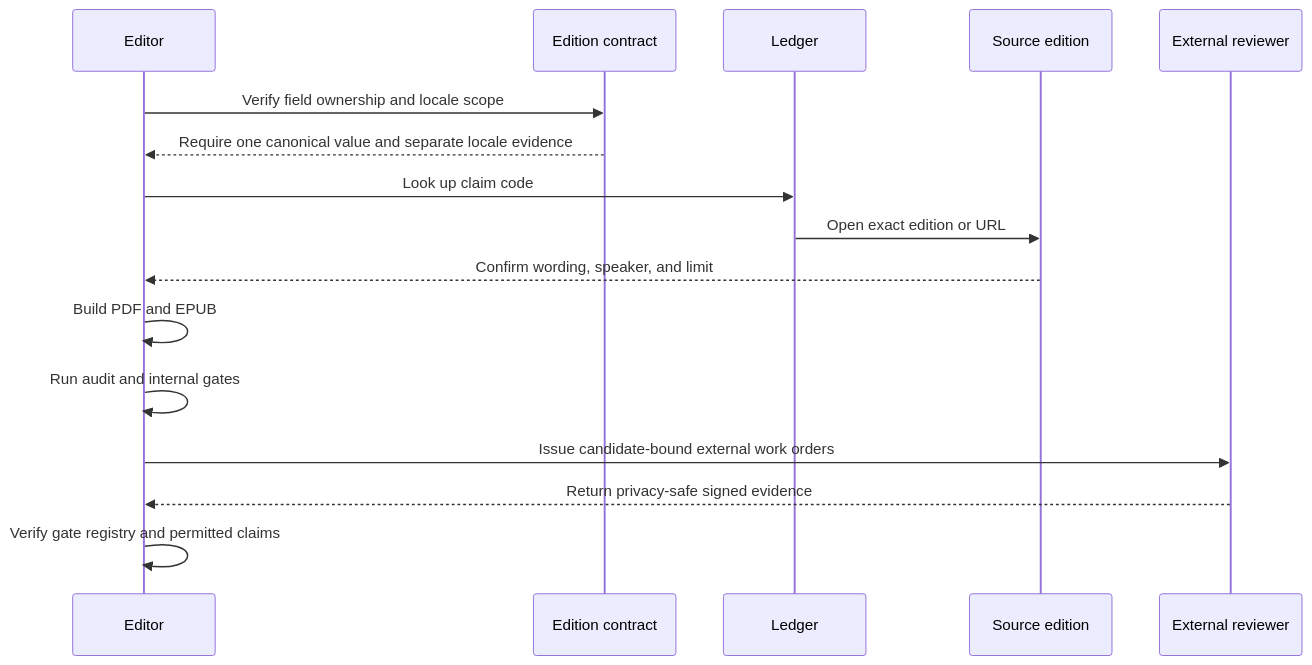
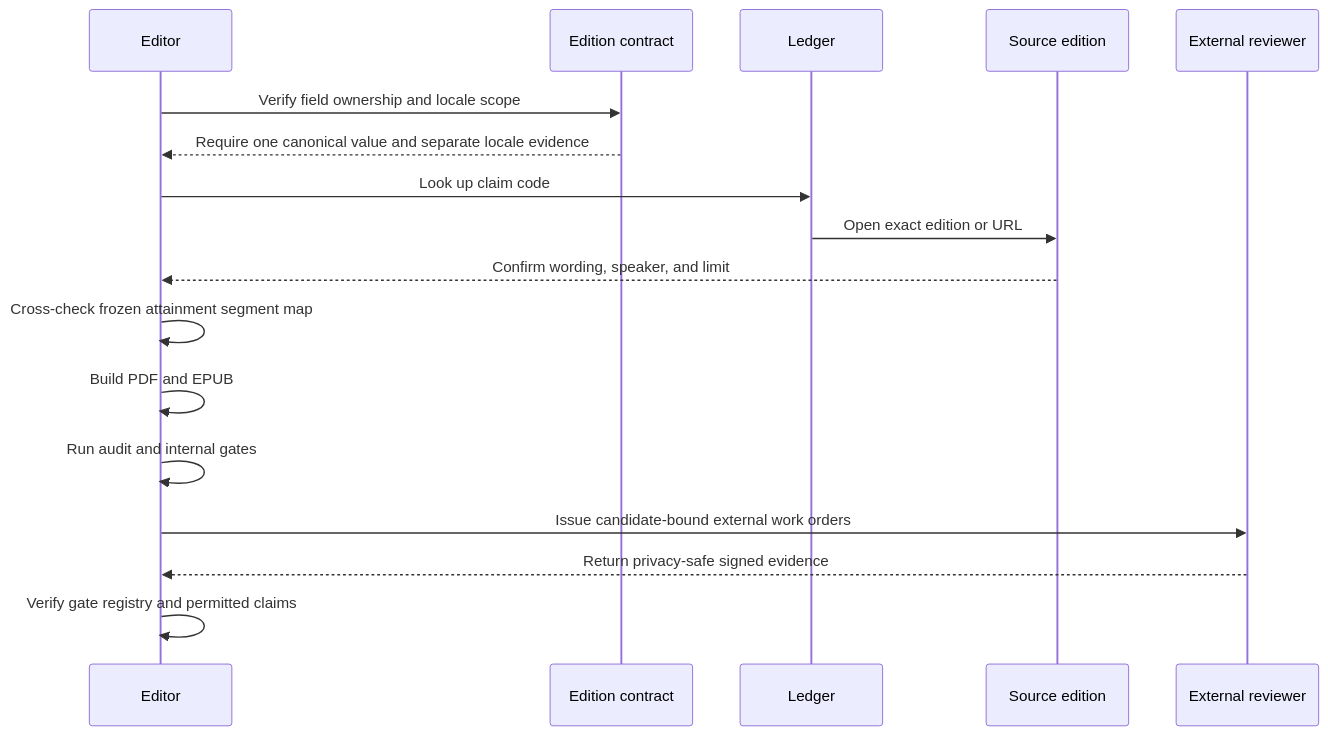
The third of 3 diagrams in book/references/AGENTS.md (streamentry/streamentry), drawn with Mermaid before and after one commit. The commit also changed other lines of this file and 11 other files, not shown here.

````diff
--- a/book/references/AGENTS.md
+++ b/book/references/AGENTS.md
@@ -72,18 +75,19 @@
 ```mermaid
 sequenceDiagram
   participant E as Editor
   participant C as Edition contract
   participant L as Ledger
   participant S as Source edition
   participant R as External reviewer
   E->>C: Verify field ownership and locale scope
   C-->>E: Require one canonical value and separate locale evidence
   E->>L: Look up claim code
   L->>S: Open exact edition or URL
   S-->>E: Confirm wording, speaker, and limit
+  E->>E: Cross-check frozen attainment segment map
   E->>E: Build PDF and EPUB
   E->>E: Run audit and internal gates
   E->>R: Issue candidate-bound external work orders
   R-->>E: Return privacy-safe signed evidence
   E->>E: Verify gate registry and permitted claims
 ```
````
